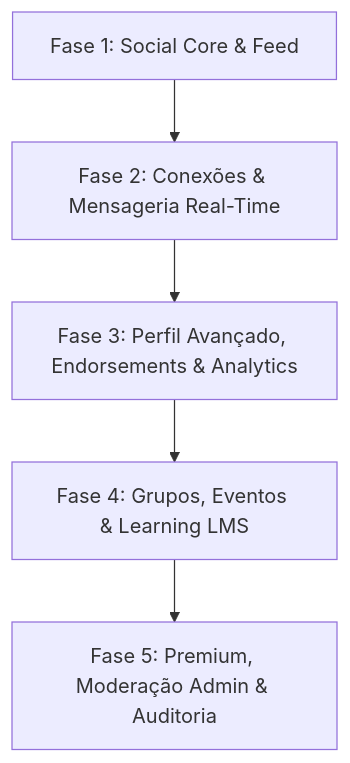
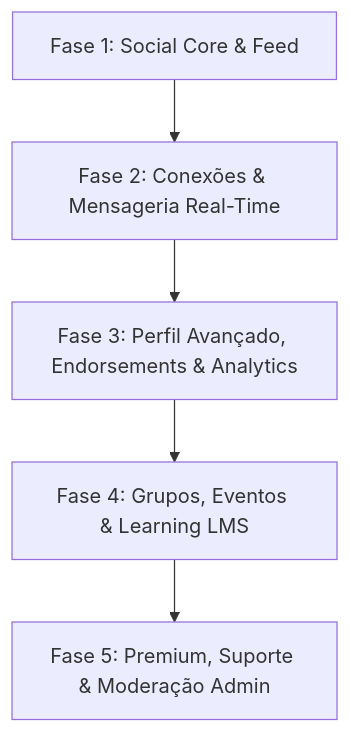
Before and after one commit to workix/graphql: the diagram in TODO.md, drawn with Mermaid. The commit also changed other lines of this file, not shown here.

Commit message:
docs(todo): atualiza TODO.md com progresso da Fase 5 e paridade de Workix Premium

````diff
--- a/TODO.md
+++ b/TODO.md
@@ -213,7 +214,7 @@
 ```mermaid
 graph TD
     A[Fase 1: Social Core & Feed] --> B[Fase 2: Conexões & Mensageria Real-Time]
     B --> C[Fase 3: Perfil Avançado, Endorsements & Analytics]
     C --> D[Fase 4: Grupos, Eventos & Learning LMS]
-    D --> E[Fase 5: Premium, Moderação Admin & Auditoria]
+    D --> E[Fase 5: Premium, Suporte & Moderação Admin]
 ```
````
